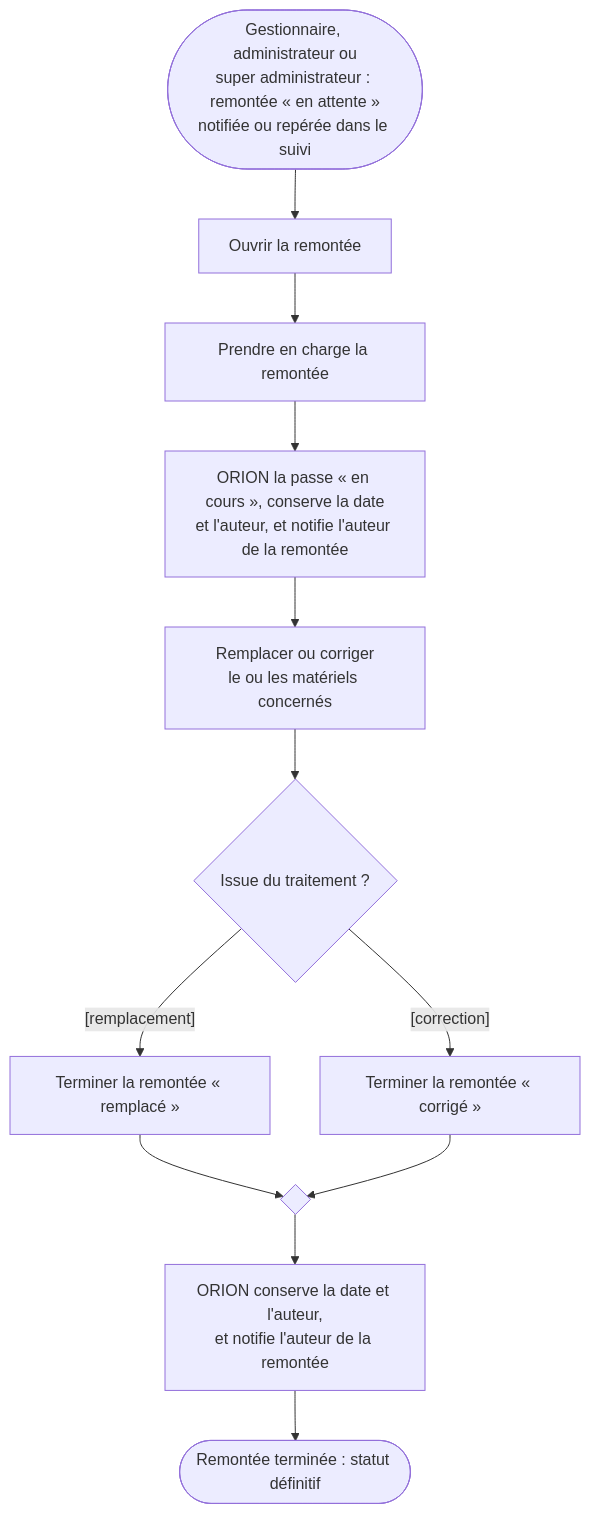
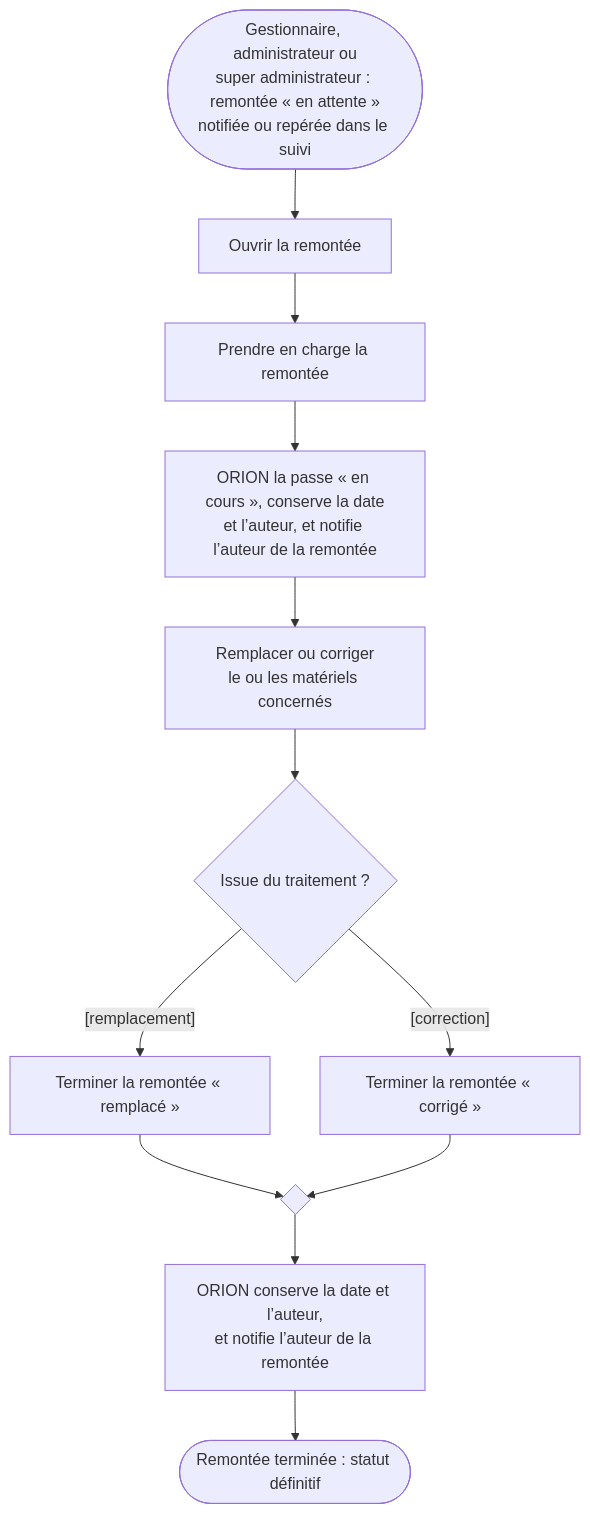
The fourth of 10 diagrams in docs/02-ANALYSE/01-MODELISATION-METIER/02-DIAGRAMMES-ACTIVITE.md (bpierrelouis/aster), drawn with Mermaid before and after one commit. The commit also changed other lines of this file and 32 other files, not shown here.

````diff
--- a/docs/02-ANALYSE/01-MODELISATION-METIER/02-DIAGRAMMES-ACTIVITE.md
+++ b/docs/02-ANALYSE/01-MODELISATION-METIER/02-DIAGRAMMES-ACTIVITE.md
@@ -79,14 +79,14 @@
 ```mermaid
 flowchart TD
     debut(["Gestionnaire, administrateur ou<br/>super administrateur : remontée « en attente »<br/>notifiée ou repérée dans le suivi"]) --> ouvrir["Ouvrir la remontée"]
     ouvrir --> prendre["Prendre en charge la remontée"]
-    prendre --> encours["ORION la passe « en cours », conserve la date<br/>et l'auteur, et notifie l'auteur de la remontée"]
+    prendre --> encours["ORION la passe « en cours », conserve la date<br/>et l’auteur, et notifie l’auteur de la remontée"]
     encours --> intervenir["Remplacer ou corriger<br/>le ou les matériels concernés"]
     intervenir --> issue{"Issue du traitement ?"}
     issue -->|"[remplacement]"| remplace["Terminer la remontée « remplacé »"]
     issue -->|"[correction]"| corrige["Terminer la remontée « corrigé »"]
     remplace --> fusion{" "}
     corrige --> fusion
-    fusion --> terminer["ORION conserve la date et l'auteur,<br/>et notifie l'auteur de la remontée"]
+    fusion --> terminer["ORION conserve la date et l’auteur,<br/>et notifie l’auteur de la remontée"]
     terminer --> fin(["Remontée terminée : statut définitif"])
 ```
````
